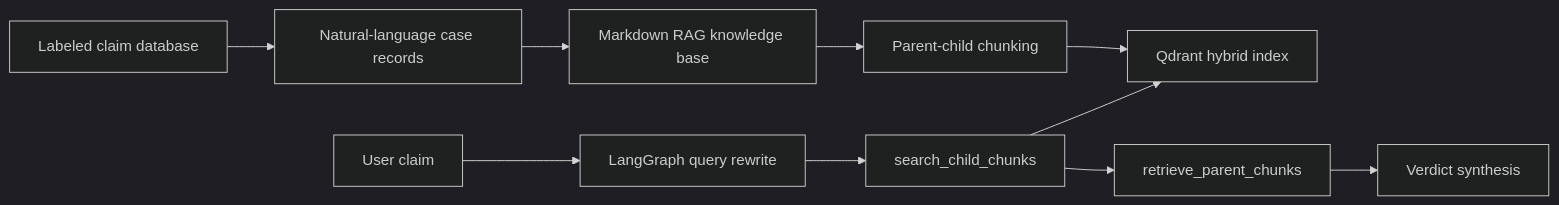
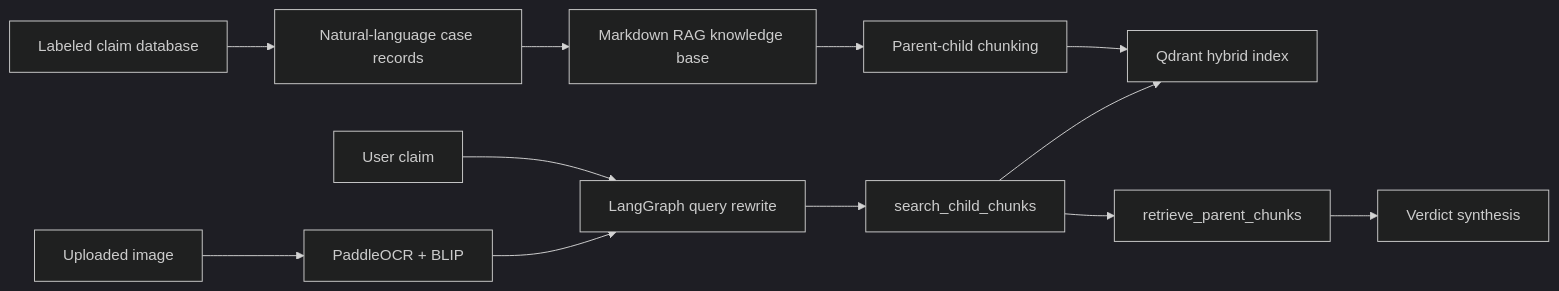
Before and after one commit to GuMiShDo666/RumerDetection-rag: the diagram in README.md, drawn with Mermaid (dark theme). The commit also changed other lines of this file and 9 other files, not shown here.

Commit message:
Add image rumor detection with OCR and BLIP

````diff
--- a/README.md
+++ b/README.md
@@ -60,12 +61,14 @@
 ```mermaid
 flowchart LR
     A["Labeled claim database"] --> B["Natural-language case records"]
     B --> C["Markdown RAG knowledge base"]
     C --> D["Parent-child chunking"]
     D --> E["Qdrant hybrid index"]
     F["User claim"] --> G["LangGraph query rewrite"]
+    K["Uploaded image"] --> L["PaddleOCR + BLIP"]
+    L --> G
     G --> H["search_child_chunks"]
     H --> E
     H --> I["retrieve_parent_chunks"]
     I --> J["Verdict synthesis"]
 ```
````
